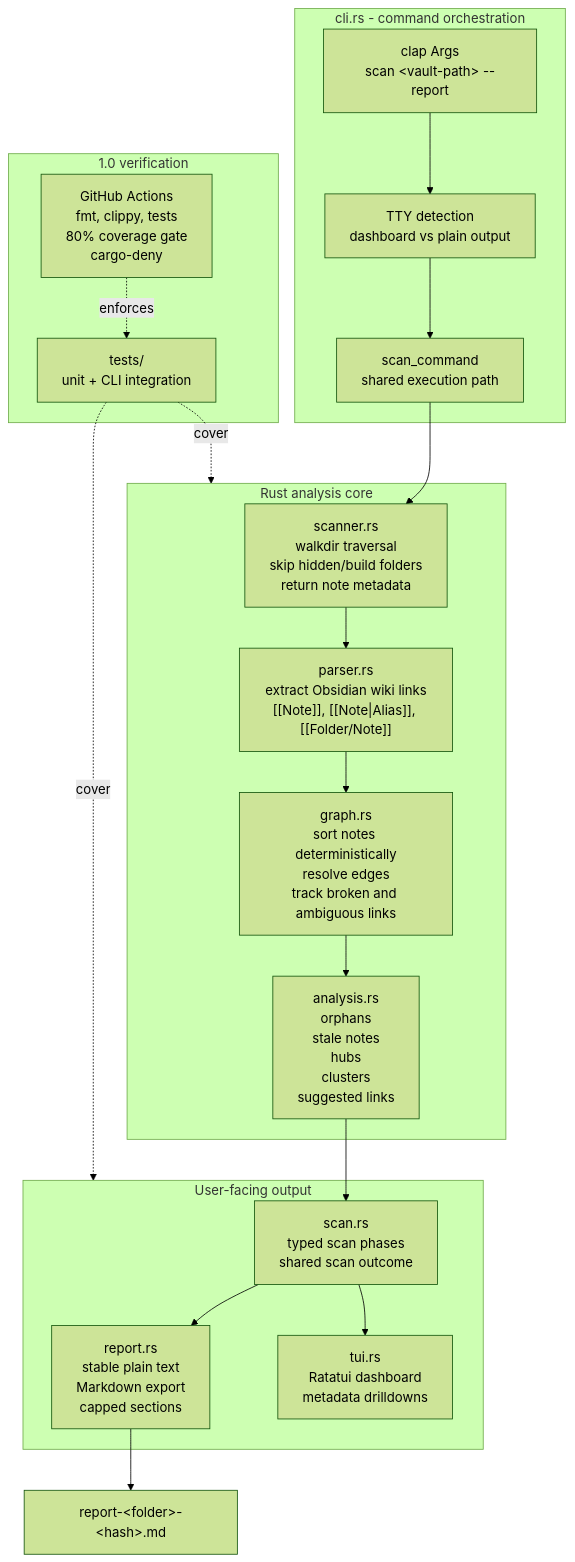
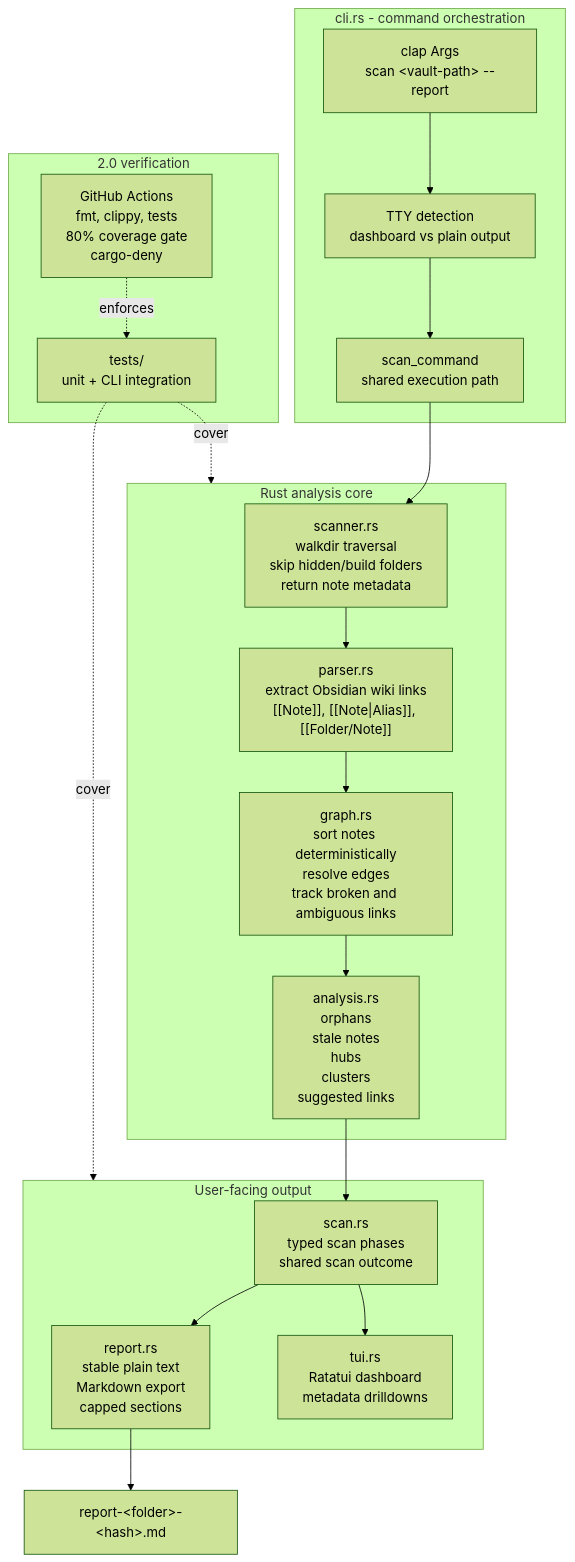
Before and after one commit to GeneralMalit/rust-vault-map: the second of 2 diagrams in README.md, drawn with Mermaid (forest theme). The commit also changed other lines of this file and 4 other files, not shown here.

````diff
--- a/README.md
+++ b/README.md
@@ -86,36 +95,36 @@
 ```mermaid
 flowchart TB
     subgraph CLI["cli.rs - command orchestration"]
         Args["clap Args<br/>scan &lt;vault-path&gt; --report"]
         Tty["TTY detection<br/>dashboard vs plain output"]
         Runner["scan_command<br/>shared execution path"]
     end
 
     subgraph Core["Rust analysis core"]
         Scanner["scanner.rs<br/>walkdir traversal<br/>skip hidden/build folders<br/>return note metadata"]
         Parser["parser.rs<br/>extract Obsidian wiki links<br/>[[Note]], [[Note|Alias]], [[Folder/Note]]"]
         Graph["graph.rs<br/>sort notes deterministically<br/>resolve edges<br/>track broken and ambiguous links"]
         Analysis["analysis.rs<br/>orphans<br/>stale notes<br/>hubs<br/>clusters<br/>suggested links"]
     end
 
     subgraph Output["User-facing output"]
         Report["report.rs<br/>stable plain text<br/>Markdown export<br/>capped sections"]
         Scan["scan.rs<br/>typed scan phases<br/>shared scan outcome"]
         Dashboard["tui.rs<br/>Ratatui dashboard<br/>metadata drilldowns"]
     end
 
-    subgraph Quality["1.0 verification"]
+    subgraph Quality["2.0 verification"]
         Tests["tests/<br/>unit + CLI integration"]
         CI["GitHub Actions<br/>fmt, clippy, tests<br/>80% coverage gate<br/>cargo-deny"]
     end
 
     Args --> Tty --> Runner
     Runner --> Scanner --> Parser --> Graph --> Analysis
     Analysis --> Scan
     Scan --> Report
     Scan --> Dashboard
     Report --> Markdown["report-&lt;folder&gt;-&lt;hash&gt;.md"]
     Tests -. cover .-> Core
     Tests -. cover .-> Output
     CI -. enforces .-> Tests
 ```
````
